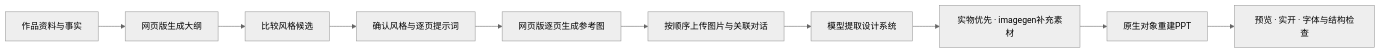
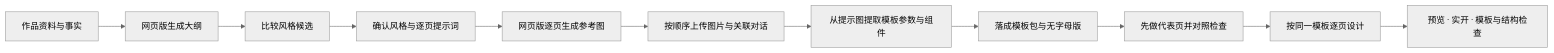
One commit to Meyt1n/web-to-editable-slides changed the diagram in README.md. Above: the diagram before and after it, drawn with Mermaid (neutral theme). The commit also changed other lines of this file and 53 other files, not shown here.

````diff
--- a/README.md
+++ b/README.md
@@ -19,12 +21,13 @@
 ```mermaid
 flowchart LR
     A[作品资料与事实] --> B[网页版生成大纲]
     B --> C[比较风格候选]
     C --> D[确认风格与逐页提示词]
     D --> E[网页版逐页生成参考图]
     E --> F[按顺序上传图片与关联对话]
-    F --> G[模型提取设计系统]
-    G --> H[实物优先 · imagegen补充素材]
-    H --> I[原生对象重建PPT]
-    I --> J[预览 · 实开 · 字体与结构检查]
+    F --> G[从提示图提取模板参数与组件]
+    G --> H[落成模板包与无字母版]
+    H --> I[先做代表页并对照检查]
+    I --> J[按同一模板逐页设计]
+    J --> K[预览 · 实开 · 模板与结构检查]
 ```
````
